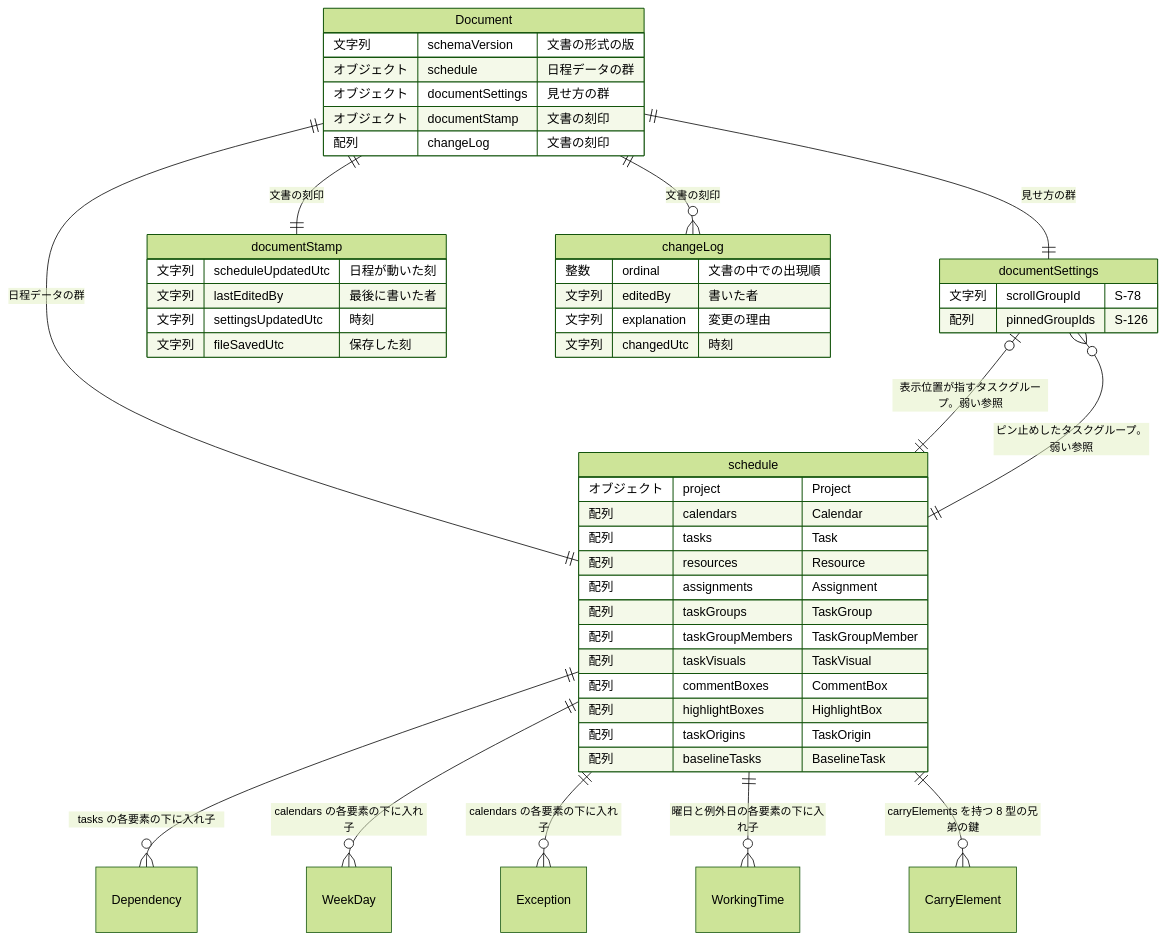
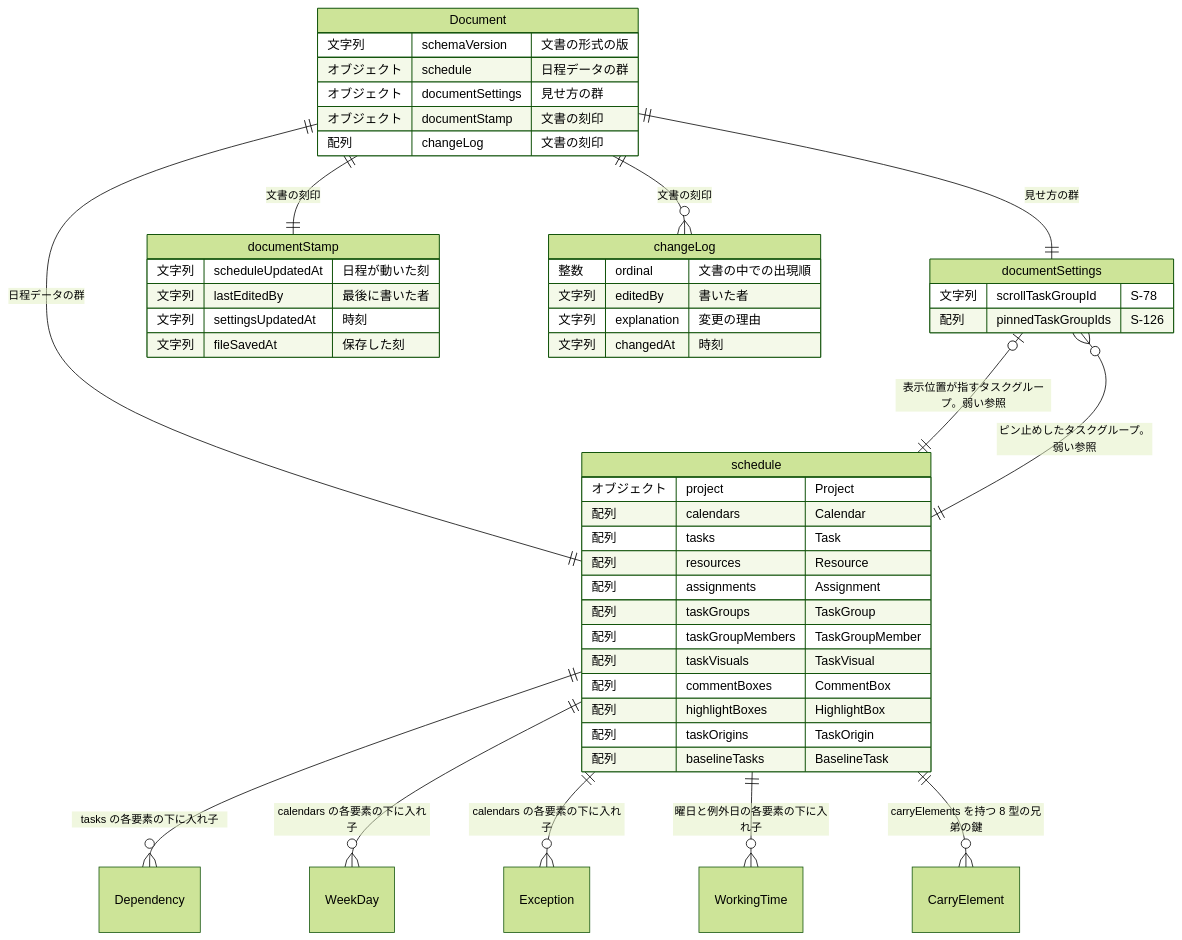
The diagram in docs/spec/_assets/fig-erd-overview.md (GoodRelax/gr-scheduler), drawn with Mermaid (forest theme) before and after one commit. The commit also changed 496 other files, not shown here.

````diff
--- a/docs/spec/_assets/fig-erd-overview.md
+++ b/docs/spec/_assets/fig-erd-overview.md
@@ -16,56 +16,56 @@
 ```mermaid
 ---
 config:
   er:
     entityPadding: 6
 ---
 erDiagram
     Document {
         文字列 schemaVersion "文書の形式の版"
         オブジェクト schedule "日程データの群"
         オブジェクト documentSettings "見せ方の群"
         オブジェクト documentStamp "文書の刻印"
         配列 changeLog "文書の刻印"
     }
     schedule {
         オブジェクト project "Project"
         配列 calendars "Calendar"
         配列 tasks "Task"
         配列 resources "Resource"
         配列 assignments "Assignment"
         配列 taskGroups "TaskGroup"
         配列 taskGroupMembers "TaskGroupMember"
         配列 taskVisuals "TaskVisual"
         配列 commentBoxes "CommentBox"
         配列 highlightBoxes "HighlightBox"
         配列 taskOrigins "TaskOrigin"
         配列 baselineTasks "BaselineTask"
     }
     documentSettings {
-        文字列 scrollGroupId "S-78"
-        配列 pinnedGroupIds "S-126"
+        文字列 scrollTaskGroupId "S-78"
+        配列 pinnedTaskGroupIds "S-126"
     }
     documentStamp {
-        文字列 scheduleUpdatedUtc "日程が動いた刻"
+        文字列 scheduleUpdatedAt "日程が動いた刻"
         文字列 lastEditedBy "最後に書いた者"
-        文字列 settingsUpdatedUtc "時刻"
-        文字列 fileSavedUtc "保存した刻"
+        文字列 settingsUpdatedAt "時刻"
+        文字列 fileSavedAt "保存した刻"
     }
     changeLog {
         整数 ordinal "文書の中での出現順"
         文字列 editedBy "書いた者"
         文字列 explanation "変更の理由"
-        文字列 changedUtc "時刻"
+        文字列 changedAt "時刻"
     }
     Document ||--|| schedule : "日程データの群"
     Document ||--|| documentSettings : "見せ方の群"
     Document ||--|| documentStamp : "文書の刻印"
     Document ||--o{ changeLog : "文書の刻印"
     schedule ||--o{ Dependency : "tasks の各要素の下に入れ子"
     schedule ||--o{ WeekDay : "calendars の各要素の下に入れ子"
     schedule ||--o{ Exception : "calendars の各要素の下に入れ子"
     schedule ||--o{ WorkingTime : "曜日と例外日の各要素の下に入れ子"
     schedule ||--o{ CarryElement : "carryElements を持つ 8 型の兄弟の鍵"
     documentSettings |o--|| schedule : "表示位置が指すタスクグループ。弱い参照"
     documentSettings }o--|| schedule : "ピン止めしたタスクグループ。弱い参照"
 ```
````
